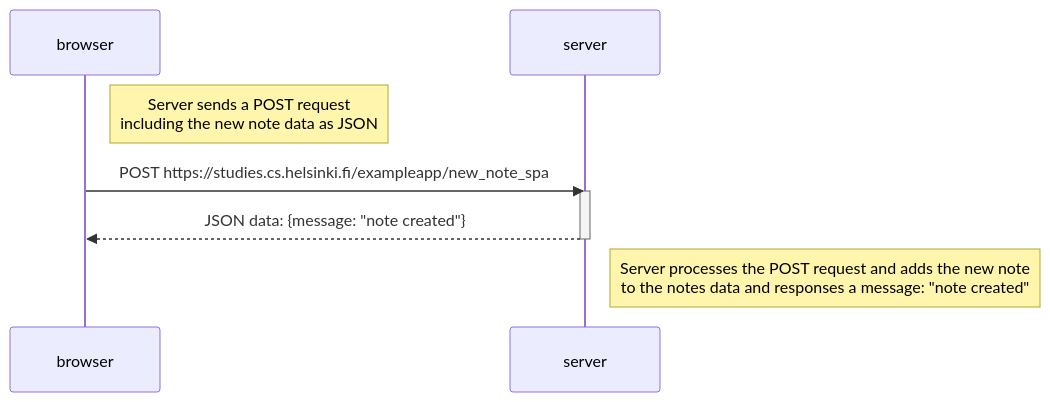
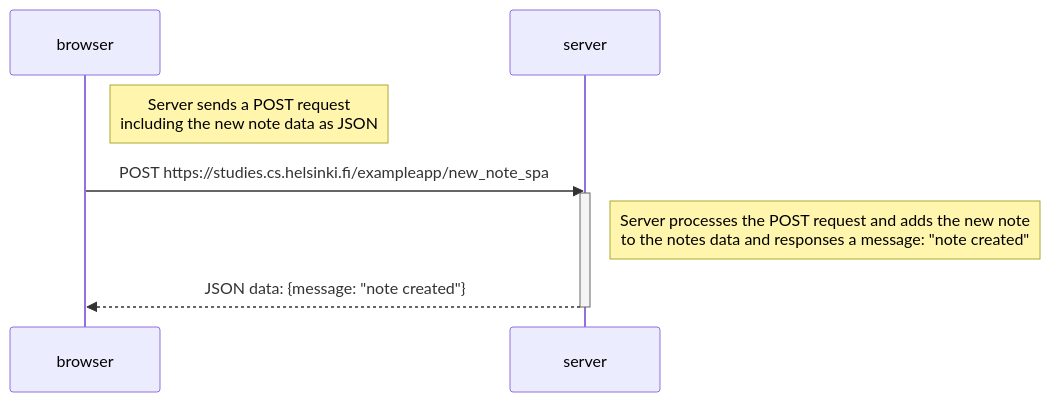
One commit to oskarioksanen/fullstack_open_palautusrepo changed the diagram in osa0/0_6_uusi_muistiinpano_spa.md. Above: the diagram before and after it, drawn with Mermaid.

````diff
--- a/osa0/0_6_uusi_muistiinpano_spa.md
+++ b/osa0/0_6_uusi_muistiinpano_spa.md
@@ -3,14 +3,15 @@
 ```mermaid
 sequenceDiagram
     participant browser
     participant server
 
     Note right of browser: Server sends a POST request<br/>including the new note data as JSON
     browser->>server: POST https://studies.cs.helsinki.fi/exampleapp/new_note_spa
     activate server
+
+        Note right of server: Server processes the POST request and adds the new note<br/>to the notes data and responses a message: "note created"
+
     server-->>browser: JSON data: {message: "note created"}
     deactivate server
 
-    Note right of server: Server processes the POST request and adds the new note<br/>to the notes data and responses a message: "note created"
-
 ```
````
